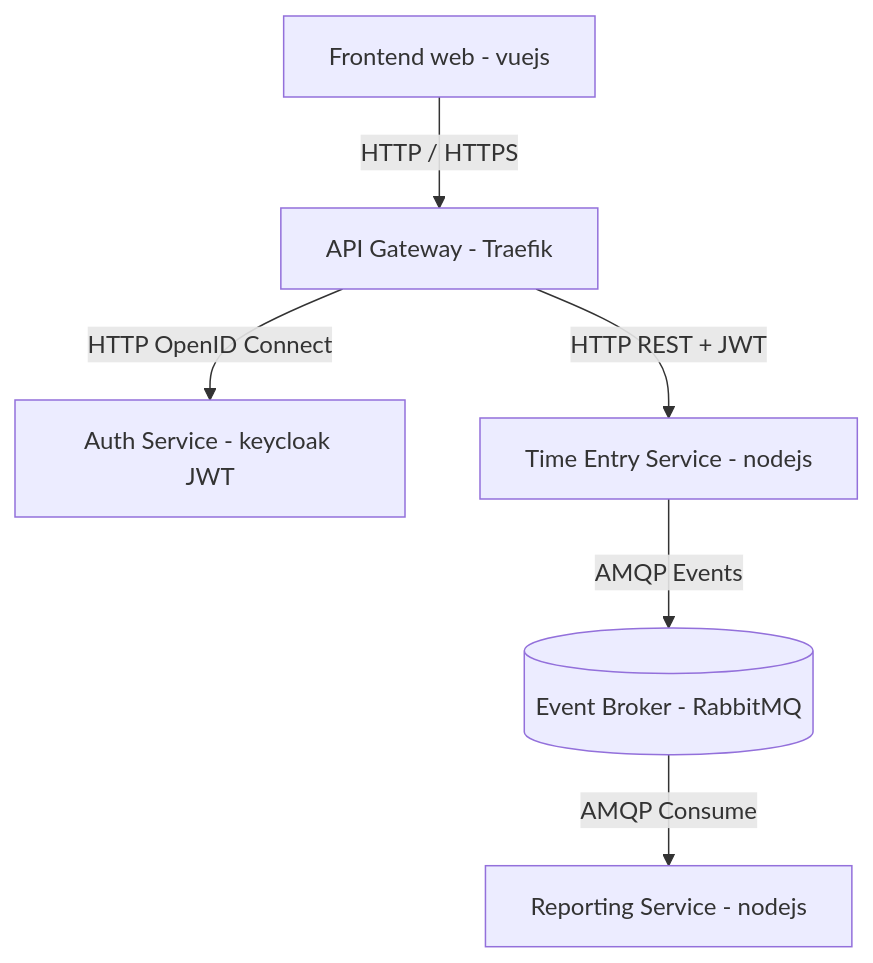
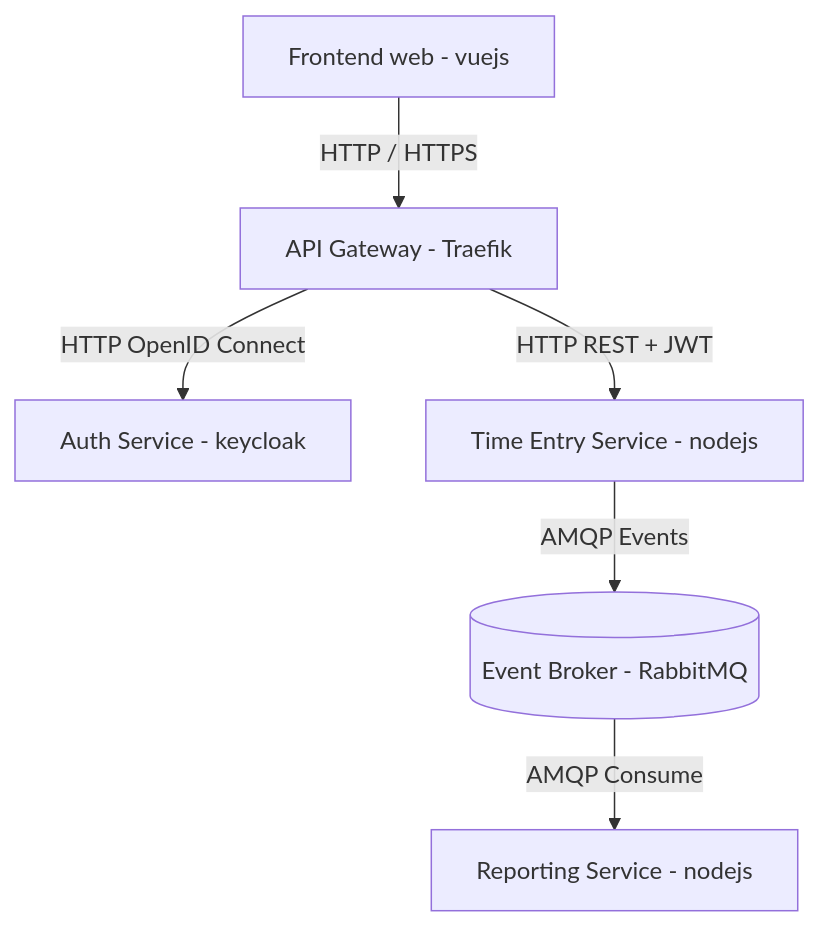
One commit to emf-info-321/321Project changed the diagram in README.md. Above: the diagram before and after it, drawn with Mermaid.

````diff
--- a/README.md
+++ b/README.md
@@ -10,18 +10,18 @@
 ```mermaid
 
 flowchart TD
 
     FE[Frontend web - vuejs]
     GW[API Gateway - Traefik]
-    KC[Auth Service - keycloak JWT]
+    KC[Auth Service - keycloak]
     TE[Time Entry Service - nodejs]
     MQ[(Event Broker - RabbitMQ)]
     RP[Reporting Service - nodejs]
 
     FE -- "HTTP / HTTPS" --> GW
     GW -- "HTTP OpenID Connect" --> KC
     GW -- "HTTP REST + JWT" --> TE
     TE -- "AMQP Events" --> MQ
     MQ -- "AMQP Consume" --> RP
 
 ```
````
